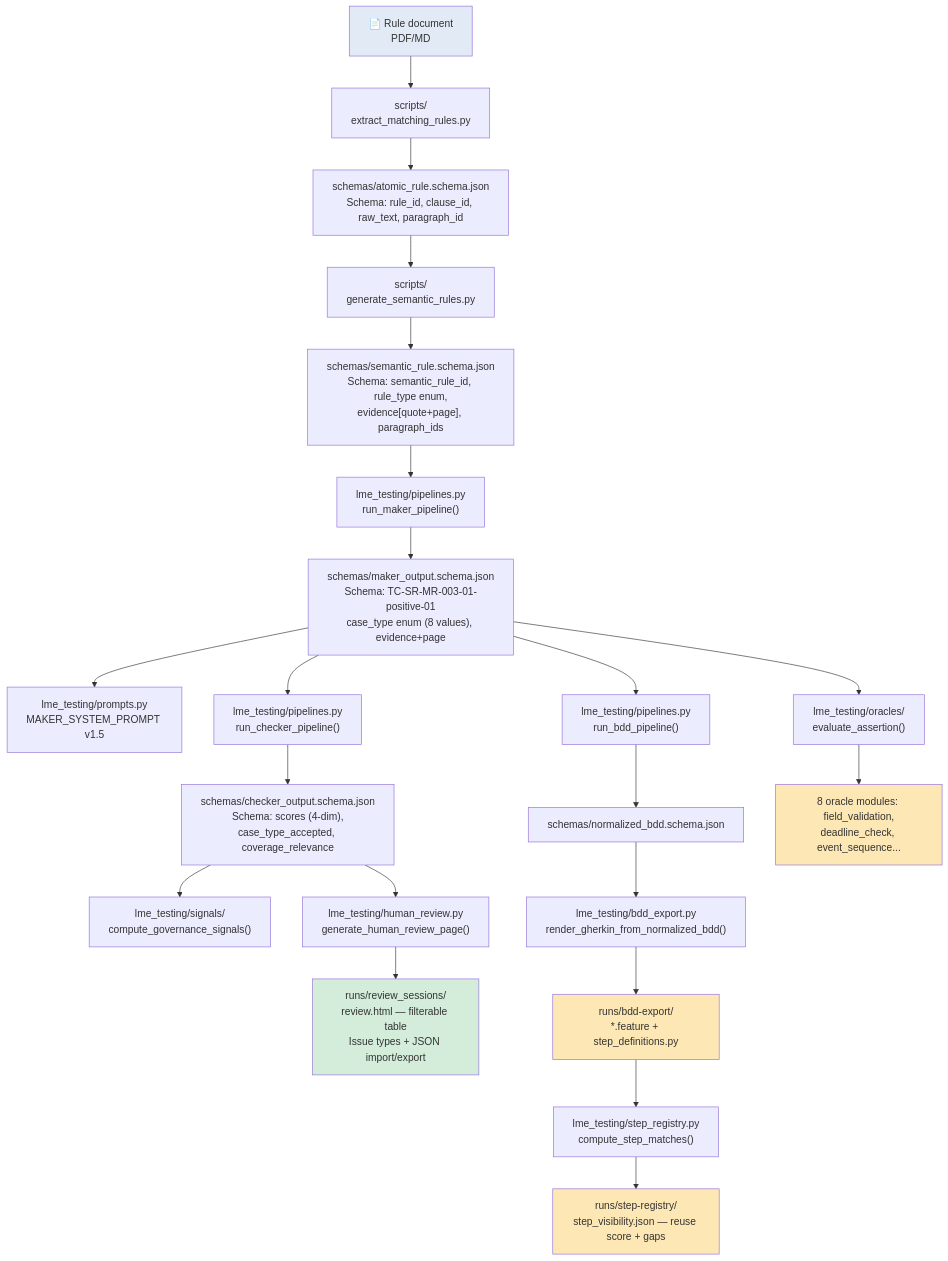
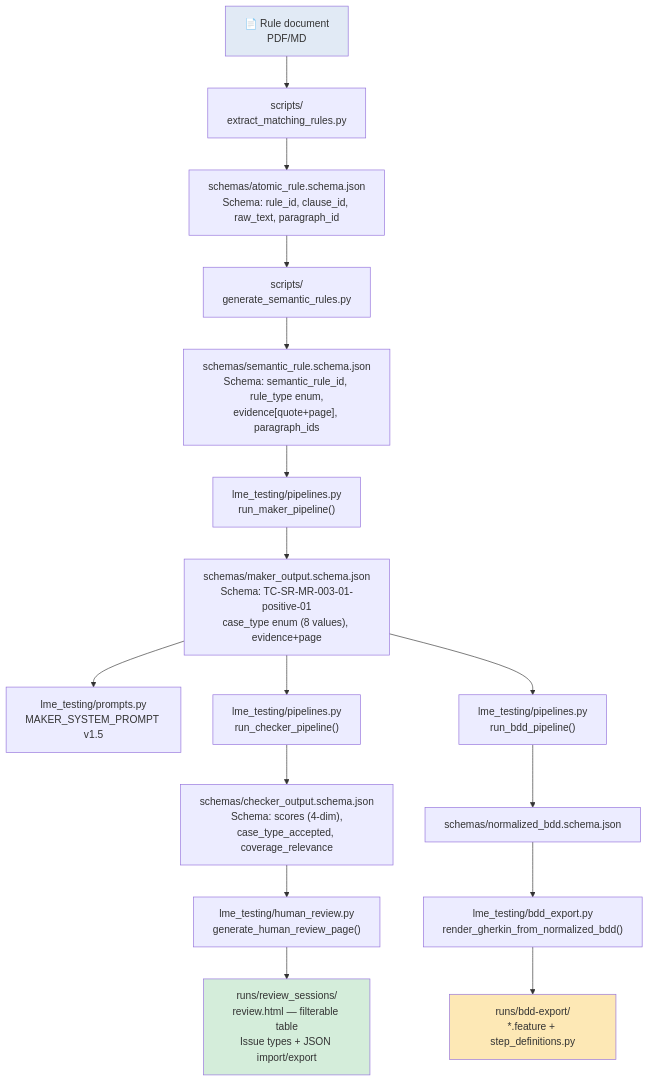
Before and after one commit to CodeFreddy/LME-Testing: the second of 2 diagrams in docs/demo_for_boss.md, drawn with Mermaid. The commit also changed other lines of this file and 1 other file, not shown here.

````diff
--- a/docs/demo_for_boss.md
+++ b/docs/demo_for_boss.md
@@ -49,35 +47,25 @@
 ```mermaid
 flowchart TD
     %% nodes
     A["📄 Rule document<br/>PDF/MD"] --> B["scripts/<br/>extract_matching_rules.py"]
     B --> C["schemas/atomic_rule.schema.json<br/>Schema: rule_id, clause_id, raw_text, paragraph_id"]
     C --> D["scripts/<br/>generate_semantic_rules.py"]
     D --> E["schemas/semantic_rule.schema.json<br/>Schema: semantic_rule_id, rule_type enum,<br/>evidence[quote+page], paragraph_ids"]
     E --> F["lme_testing/pipelines.py<br/>run_maker_pipeline()"]
     F --> G["schemas/maker_output.schema.json<br/>Schema: TC-SR-MR-003-01-positive-01<br/>case_type enum (8 values), evidence+page"]
 
     G --> H1["lme_testing/prompts.py<br/>MAKER_SYSTEM_PROMPT v1.5"]
     G --> H2["lme_testing/pipelines.py<br/>run_checker_pipeline()"]
     H2 --> I["schemas/checker_output.schema.json<br/>Schema: scores (4-dim),<br/>case_type_accepted, coverage_relevance"]
-
-    I --> J["lme_testing/signals/<br/>compute_governance_signals()"]
     I --> K["lme_testing/human_review.py<br/>generate_human_review_page()"]
     K --> L["runs/review_sessions/<br/>review.html — filterable table<br/>Issue types + JSON import/export"]
 
     G --> M["lme_testing/pipelines.py<br/>run_bdd_pipeline()"]
     M --> N["schemas/normalized_bdd.schema.json"]
     N --> O["lme_testing/bdd_export.py<br/>render_gherkin_from_normalized_bdd()"]
     O --> P["runs/bdd-export/<br/>*.feature + step_definitions.py"]
 
-    P --> Q["lme_testing/step_registry.py<br/>compute_step_matches()"]
-    Q --> R["runs/step-registry/<br/>step_visibility.json — reuse score + gaps"]
-
-    G --> S["lme_testing/oracles/<br/>evaluate_assertion()"]
-    S --> T["8 oracle modules: field_validation,<br/>deadline_check, event_sequence..."]
-
     style A fill:#e1eaf5
     style L fill:#d4edda
     style P fill:#fde8b5
-    style R fill:#fde8b5
-    style T fill:#fde8b5
 ```
````
